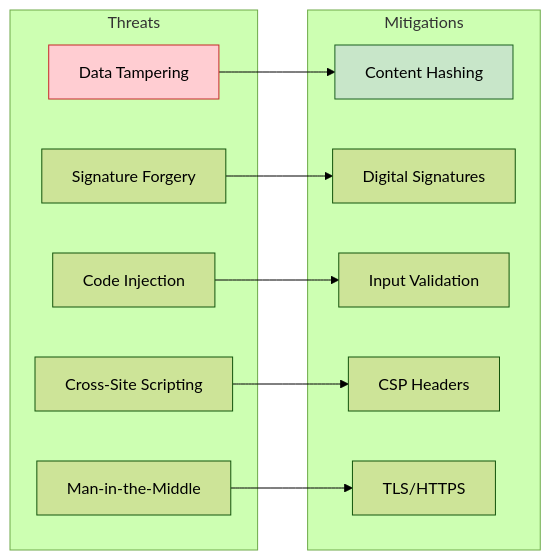
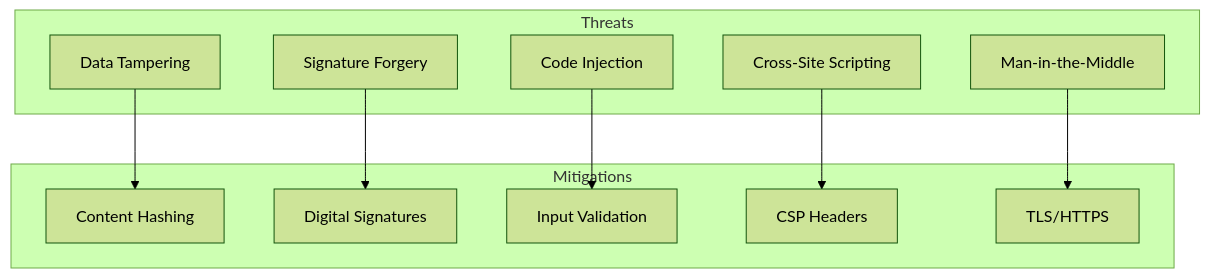
One commit to o2alexanderfedin/angular-cas-disot changed the second of 14 diagrams in docs/architecture/security.md. Above: the diagram before and after it, drawn with Mermaid (forest theme). The commit also changed other lines of this file and 18 other files, not shown here.

````diff
--- a/docs/architecture/security.md
+++ b/docs/architecture/security.md
@@ -56,27 +56,24 @@
 ```mermaid
-graph LR
+graph TD
     subgraph "Threats"
         TAMPER[Data Tampering]
         FORGE[Signature Forgery]
         INJECT[Code Injection]
         XSS[Cross-Site Scripting]
         MITM[Man-in-the-Middle]
     end
     
     subgraph "Mitigations"
         HASH_M[Content Hashing]
         SIGN_M[Digital Signatures]
         VALID_M[Input Validation]
         CSP_M[CSP Headers]
         TLS_M[TLS/HTTPS]
     end
     
     TAMPER --> HASH_M
     FORGE --> SIGN_M
     INJECT --> VALID_M
     XSS --> CSP_M
     MITM --> TLS_M
-    
-    style TAMPER fill:#ffcdd2,stroke:#c62828
-    style HASH_M fill:#c8e6c9,stroke:#1b5e20
 ```
````
